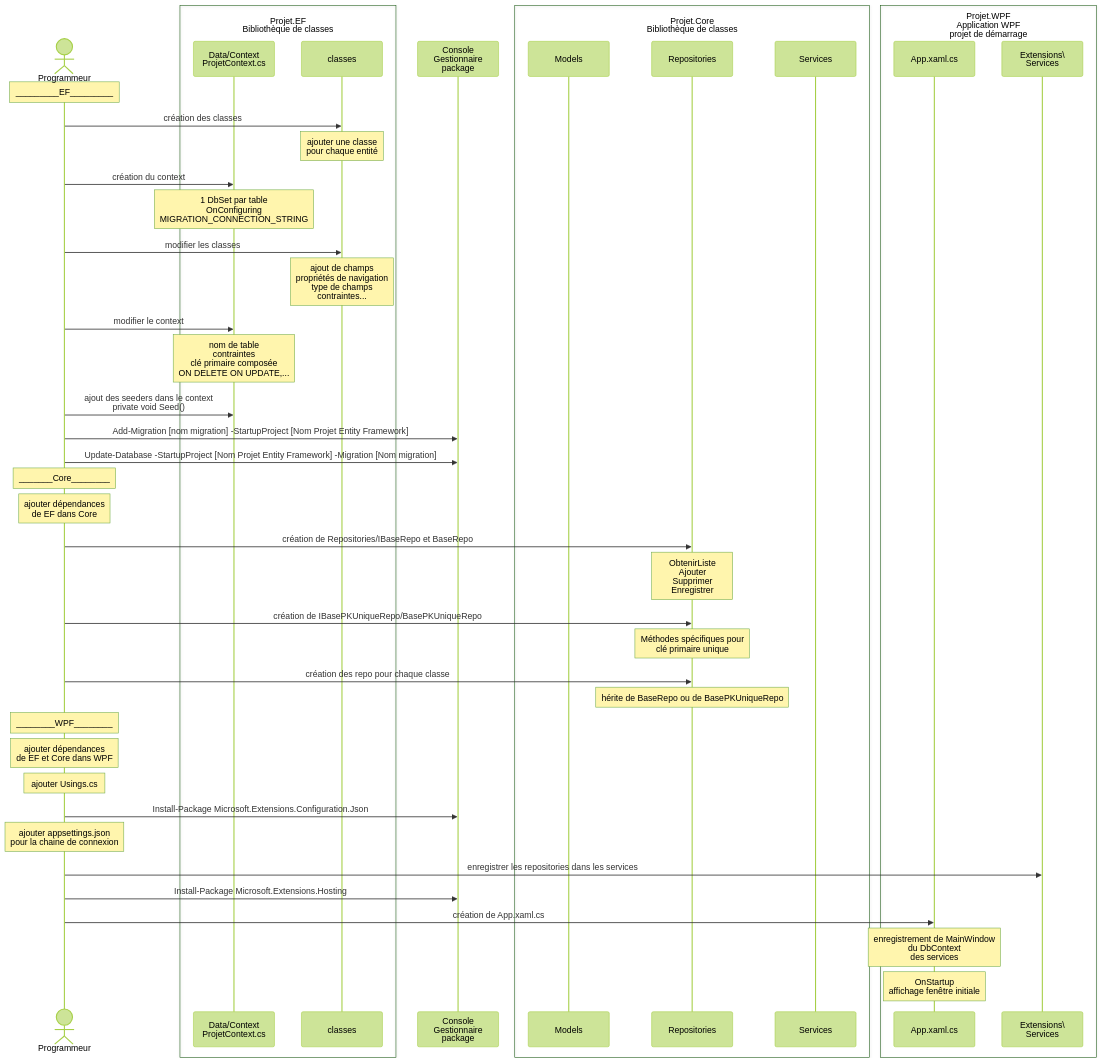
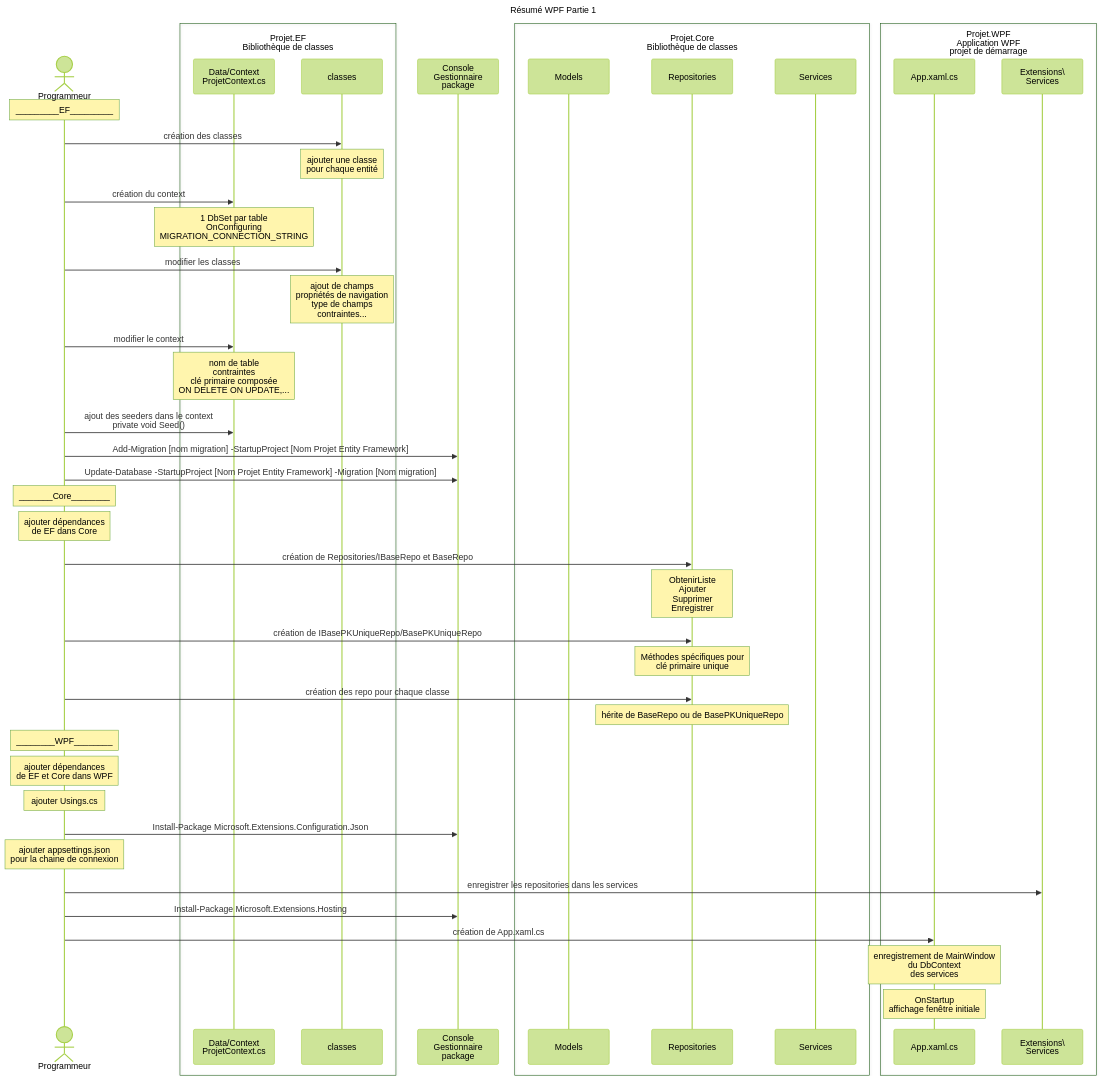
One commit to BenoitDesrosiers/4N1_2024 changed the diagram in docs/70-WPF partie 1/wpf_resume.md. Above: the diagram before and after it, drawn with Mermaid (forest theme). The commit also changed other lines of this file and 6 other files, not shown here.

````diff
--- a/docs/70-WPF partie 1/wpf_resume.md
+++ b/docs/70-WPF partie 1/wpf_resume.md
@@ -13,55 +13,56 @@
 ```mermaid
 sequenceDiagram
+    title Résumé WPF Partie 1
     actor prog as Programmeur
     
     box  Projet.EF<br>Bibliothèque de classes
     participant ef_context as Data/Context<br>ProjetContext.cs
     participant ef_classe as classes
     end
     note over prog: _________EF_________
     prog->>ef_classe: création des classes
     note over ef_classe: ajouter une classe<br>pour chaque entité
     prog->>ef_context: création du context
     note over ef_context: 1 DbSet par table<br>OnConfiguring<br>MIGRATION_CONNECTION_STRING
     participant cgp as Console<br>Gestionnaire<br>package
     prog->>ef_classe: modifier les classes
     note over ef_classe: ajout de champs<br>propriétés de navigation<br>type de champs<br>contraintes...
     prog->>ef_context: modifier le context
     note over ef_context: nom de table<br>contraintes<br>clé primaire composée<br>ON DELETE ON UPDATE,...
     prog->>ef_context: ajout des seeders dans le context<br>private void Seed()
     prog->>cgp: Add-Migration [nom migration] -StartupProject [Nom Projet Entity Framework]
     prog->>cgp: Update-Database -StartupProject [Nom Projet Entity Framework] -Migration [Nom migration]
 
 
     note over prog: _______Core________
     box  Projet.Core<br>Bibliothèque de classes
     participant core_model as Models
     participant core_repo as Repositories
     participant core_serv as Services
     end
     note over prog: ajouter dépendances<br>de EF dans Core
     prog->>core_repo:création de Repositories/IBaseRepo et BaseRepo
     note over core_repo: ObtenirListe<br>Ajouter<br>Supprimer<br>Enregistrer
     prog->>core_repo:création de IBasePKUniqueRepo/BasePKUniqueRepo
     note over core_repo: Méthodes spécifiques pour<br>clé primaire unique
     prog->>core_repo: création des repo pour chaque classe
     note over core_repo: hérite de BaseRepo ou de BasePKUniqueRepo
 
     note over prog:________WPF________
     box Projet.WPF<br>Application WPF<br>projet de démarrage
     participant wpf_app as App.xaml.cs 
     participant wpf_serv as Extensions\<br>Services
     end
     note over prog: ajouter dépendances<br>de EF et Core dans WPF
     note over prog: ajouter Usings.cs
     prog->>cgp:Install-Package Microsoft.Extensions.Configuration.Json
     note over prog: ajouter appsettings.json<br>pour la chaine de connexion
     prog->>wpf_serv:enregistrer les repositories dans les services
     prog->>cgp:Install-Package Microsoft.Extensions.Hosting
     prog->>wpf_app:création de App.xaml.cs
     note over wpf_app:enregistrement de MainWindow<br>du DbContext<br>des services
     note over wpf_app:OnStartup<br>affichage fenêtre initiale
 
 
 
 ```
````
